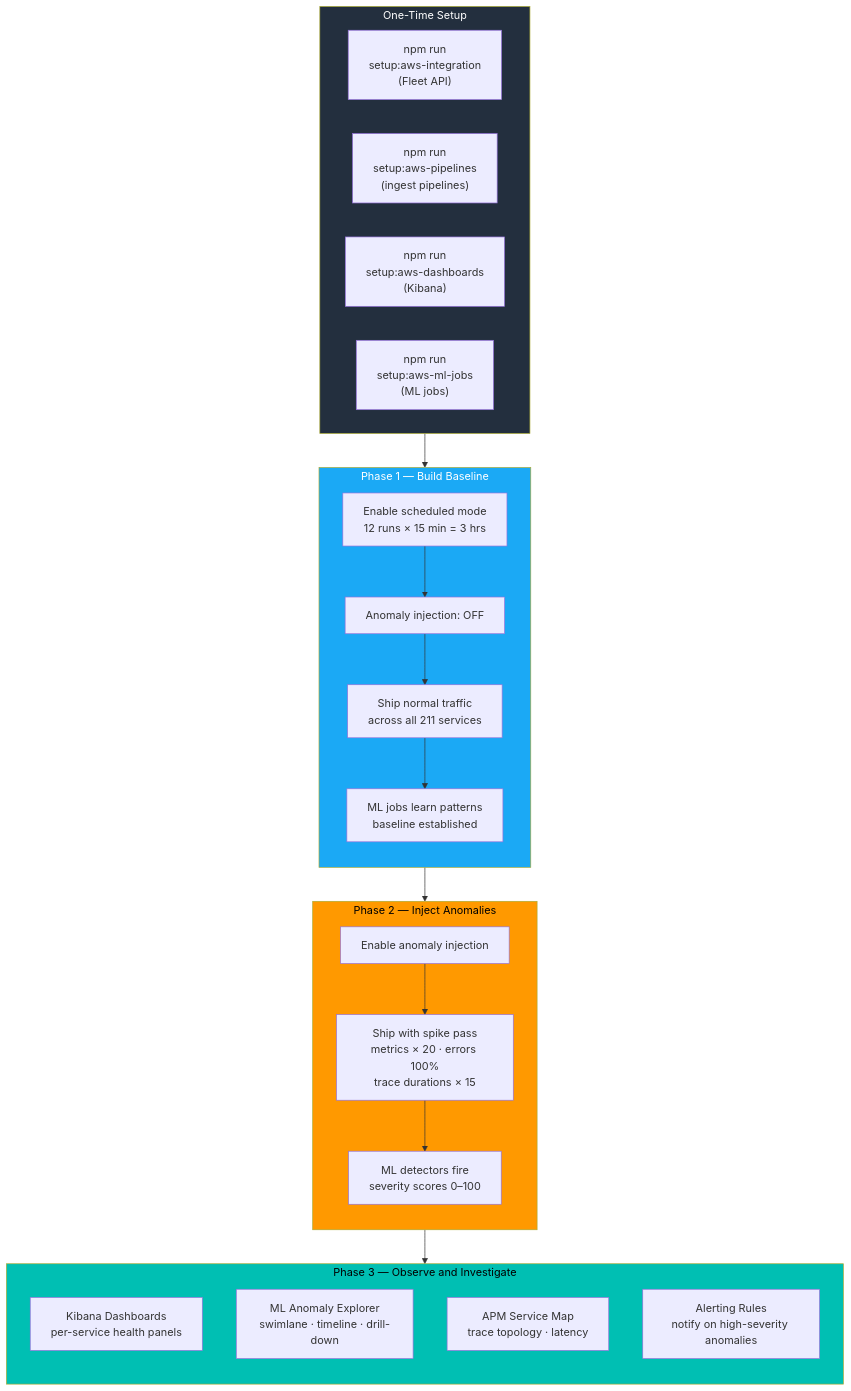
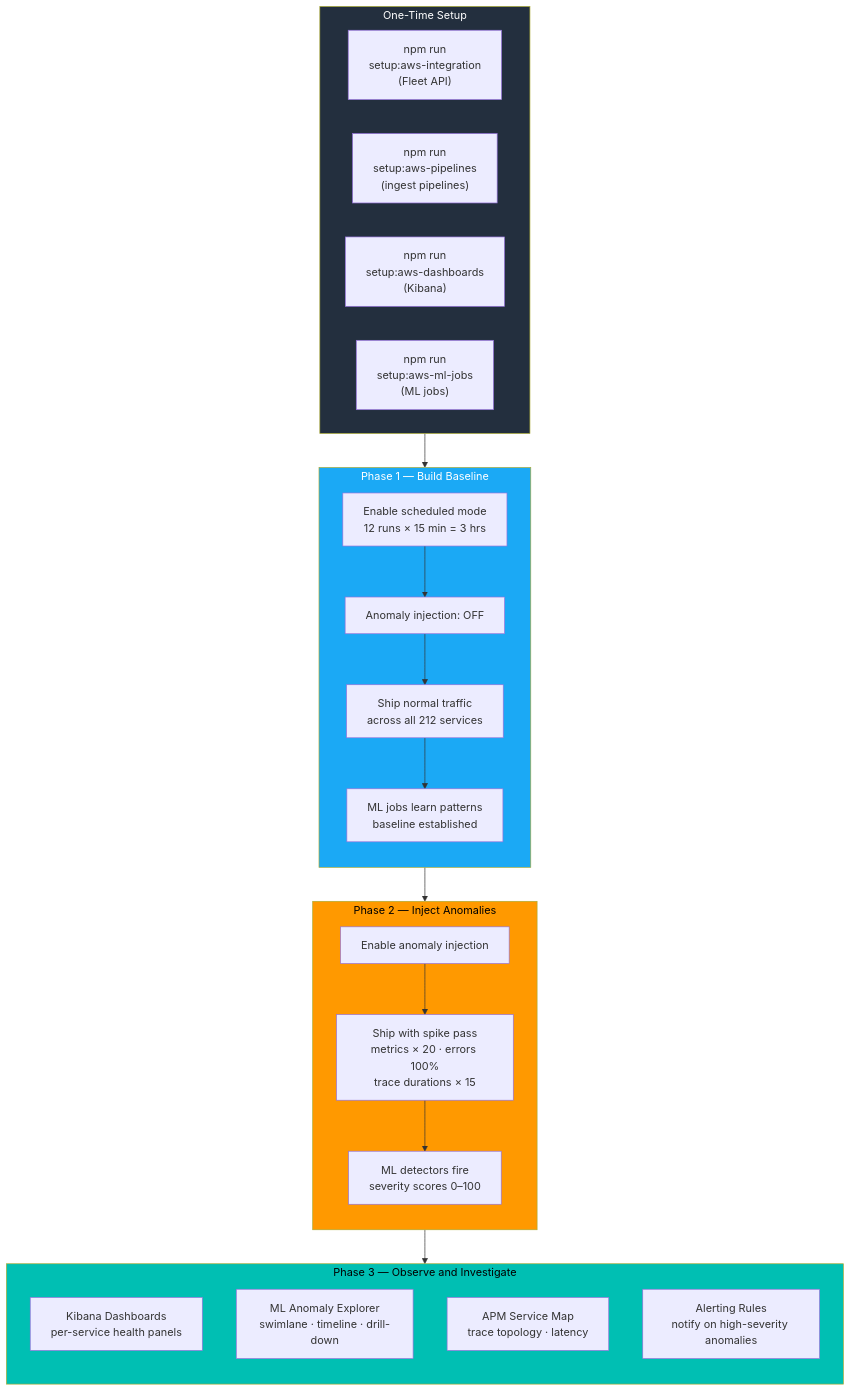
One commit to rkernutt/cloud-to-elastic-load-generator changed diagram 14 of 14 in docs/diagrams.md. Above: the diagram before and after it, drawn with Mermaid. The commit also changed other lines of this file and 13 other files, not shown here.

````diff
--- a/docs/diagrams.md
+++ b/docs/diagrams.md
@@ -814,46 +816,46 @@
 ```mermaid
 flowchart TD
     subgraph SETUP["One-Time Setup"]
         direction LR
         I1["npm run\nsetup:aws-integration\n(Fleet API)"]
         I2["npm run\nsetup:aws-pipelines\n(ingest pipelines)"]
         I3["npm run\nsetup:aws-dashboards\n(Kibana)"]
         I4["npm run\nsetup:aws-ml-jobs\n(ML jobs)"]
     end
 
     SETUP --> BASELINE
 
     subgraph BASELINE["Phase 1 — Build Baseline"]
         direction TB
         B1["Enable scheduled mode\n12 runs × 15 min = 3 hrs"]
         B2["Anomaly injection: OFF"]
-        B3["Ship normal traffic\nacross all 211 services"]
+        B3["Ship normal traffic\nacross all 212 services"]
         B4["ML jobs learn patterns\nbaseline established"]
         B1 --> B2 --> B3 --> B4
     end
 
     BASELINE --> SPIKE
 
     subgraph SPIKE["Phase 2 — Inject Anomalies"]
         direction TB
         SP1["Enable anomaly injection"]
         SP2["Ship with spike pass\nmetrics × 20 · errors 100%\ntrace durations × 15"]
         SP3["ML detectors fire\nseverity scores 0–100"]
         SP1 --> SP2 --> SP3
     end
 
     SPIKE --> OBSERVE
 
     subgraph OBSERVE["Phase 3 — Observe and Investigate"]
         direction TB
         O1["Kibana Dashboards\nper-service health panels"]
         O2["ML Anomaly Explorer\nswimlane · timeline · drill-down"]
         O3["APM Service Map\ntrace topology · latency"]
         O4["Alerting Rules\nnotify on high-severity anomalies"]
     end
 
     style SETUP fill:#232F3E,color:#fff
     style BASELINE fill:#1BA9F5,color:#fff
     style SPIKE fill:#FF9900,color:#000
     style OBSERVE fill:#00BFB3,color:#000
 ```
````
